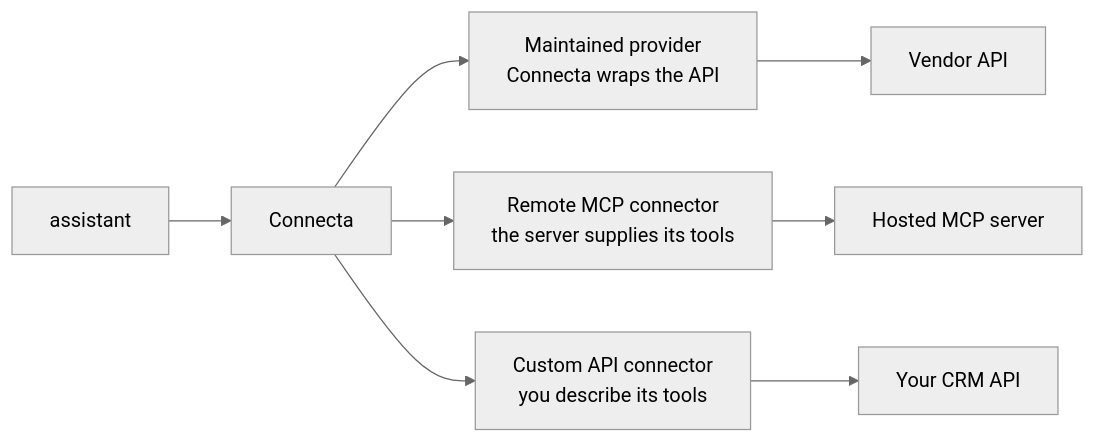
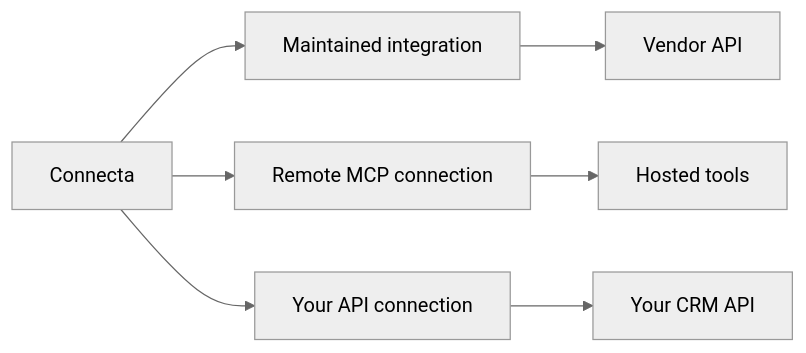
Before and after one commit to zackbart/connecta: the first of 4 diagrams in guides/how-it-works.md, drawn with Mermaid (neutral theme). The commit also changed other lines of this file and 9 other files, not shown here.

````diff
--- a/guides/how-it-works.md
+++ b/guides/how-it-works.md
@@ -20,10 +22,6 @@
 ```mermaid
 flowchart LR
-    Agent["assistant"] --> Connecta
-    Connecta --> API["Maintained provider<br/>Connecta wraps the API"]
-    Connecta --> MCP["Remote MCP connector<br/>the server supplies its tools"]
-    Connecta --> Custom["Custom API connector<br/>you describe its tools"]
-    API --> Vendor["Vendor API"]
-    MCP --> Server["Hosted MCP server"]
-    Custom --> CRM["Your CRM API"]
+    Connecta --> Maintained["Maintained integration"] --> Vendor["Vendor API"]
+    Connecta --> Remote["Remote MCP connection"] --> Hosted["Hosted tools"]
+    Connecta --> Custom["Your API connection"] --> CRM["Your CRM API"]
 ```
````
